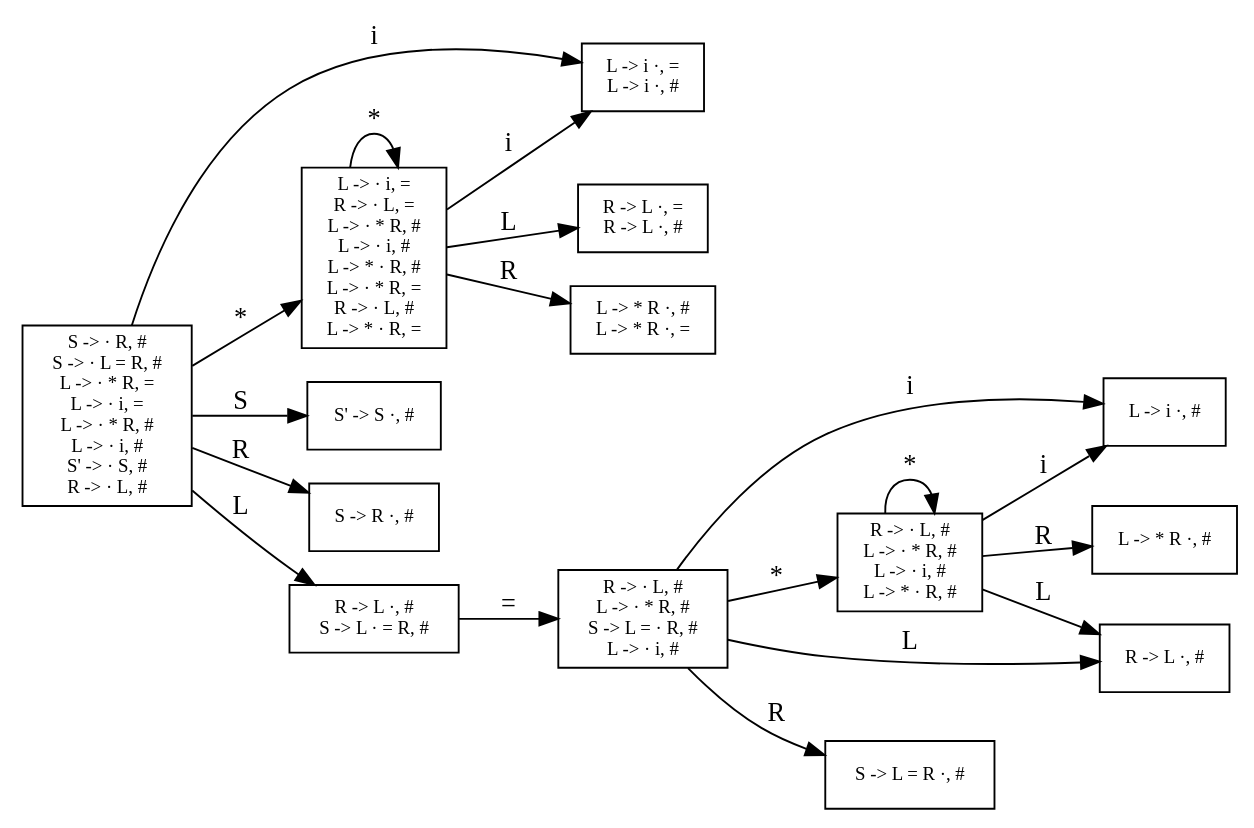
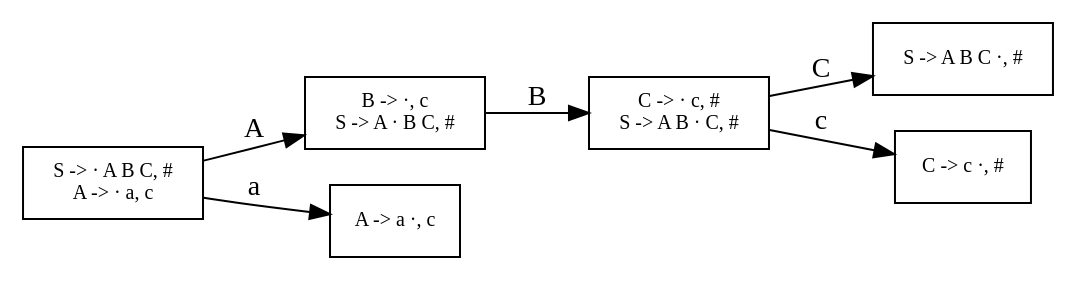
Before and after one commit to gmftbyGMFTBY/CCompilerInPython: the diagram in run/script/parser/pic.gv, drawn with Graphviz. The commit also changed 5 other files, not shown here.

```diff
--- a/run/script/parser/pic.gv
+++ b/run/script/parser/pic.gv
@@ -1,93 +1,30 @@
 digraph LR {
 rankdir=LR;
 size="8.5"
 
-node [shape = box, label="S -> · R, #
-S -> · L = R, #
-L -> · * R, =
-L -> · i, =
-L -> · * R, #
-L -> · i, #
-S' -> · S, #
-R -> · L, #
+node [shape = box, label="S -> · A B C, #
+A -> · a, c
 ", fontsize = 10] 0;
-node [shape = box, label="L -> i ·, =
-L -> i ·, #
+node [shape = box, label="B -> ·, c
+S -> A · B C, #
 ", fontsize = 10] 1;
-node [shape = box, label="S' -> S ·, #
+node [shape = box, label="A -> a ·, c
 ", fontsize = 10] 2;
-node [shape = box, label="S -> R ·, #
+node [shape = box, label="C -> · c, #
+S -> A B · C, #
 ", fontsize = 10] 3;
-node [shape = box, label="R -> L ·, #
-S -> L · = R, #
+node [shape = box, label="S -> A B C ·, #
 ", fontsize = 10] 4;
-node [shape = box, label="L -> · i, =
-R -> · L, =
-L -> · * R, #
-L -> · i, #
-L -> * · R, #
-L -> · * R, =
-R -> · L, #
-L -> * · R, =
+node [shape = box, label="C -> c ·, #
 ", fontsize = 10] 5;
-node [shape = box, label="R -> · L, #
-L -> · * R, #
-S -> L = · R, #
-L -> · i, #
-", fontsize = 10] 6;
-node [shape = box, label="L -> * R ·, #
-L -> * R ·, =
-", fontsize = 10] 7;
-node [shape = box, label="R -> L ·, =
-R -> L ·, #
-", fontsize = 10] 8;
-node [shape = box, label="L -> i ·, #
-", fontsize = 10] 9;
-node [shape = box, label="S -> L = R ·, #
-", fontsize = 10] 10;
-node [shape = box, label="R -> L ·, #
-", fontsize = 10] 11;
-node [shape = box, label="R -> · L, #
-L -> · * R, #
-L -> · i, #
-L -> * · R, #
-", fontsize = 10] 12;
-node [shape = box, label="L -> * R ·, #
-", fontsize = 10] 13;
-0 -> 1  [label = " i
+0 -> 1  [label = " A
 "];
-0 -> 2  [label = " S
+0 -> 2  [label = " a
 "];
-0 -> 3  [label = " R
+1 -> 3  [label = " B
 "];
-0 -> 4  [label = " L
+3 -> 4  [label = " C
 "];
-0 -> 5  [label = " *
-"];
-4 -> 6  [label = " =
-"];
-5 -> 1  [label = " i
-"];
-5 -> 7  [label = " R
-"];
-5 -> 8  [label = " L
-"];
-5 -> 5  [label = " *
-"];
-6 -> 9  [label = " i
-"];
-6 -> 10  [label = " R
-"];
-6 -> 11  [label = " L
-"];
-6 -> 12  [label = " *
-"];
-12 -> 9  [label = " i
-"];
-12 -> 13  [label = " R
-"];
-12 -> 11  [label = " L
-"];
-12 -> 12  [label = " *
+3 -> 5  [label = " c
 "];
 }
```
